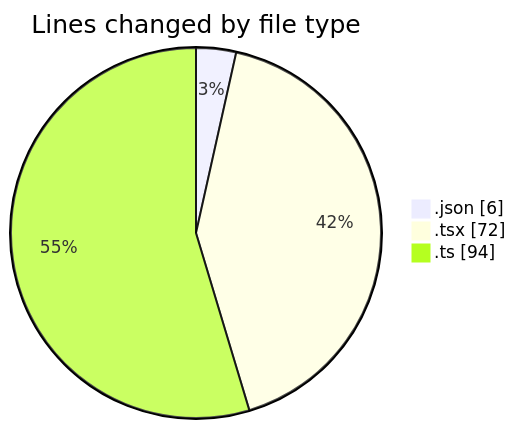
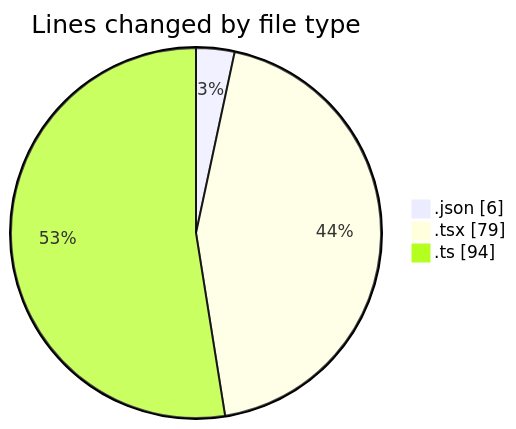
One commit to julien-gomy/code-tracking changed the first of 2 diagrams in 2025-10-29/eventscop-frontend-guide__workspace_/README.md. Above: the diagram before and after it, drawn with Mermaid. The commit also changed other lines of this file and 1 other file, not shown here.

````diff
--- a/2025-10-29/eventscop-frontend-guide__workspace_/README.md
+++ b/2025-10-29/eventscop-frontend-guide__workspace_/README.md
@@ -24,7 +25,7 @@
 ```mermaid
 pie showData
 title Lines changed by file type
 ".json" : 6
-".tsx" : 72
+".tsx" : 79
 ".ts" : 94
 ```
````
